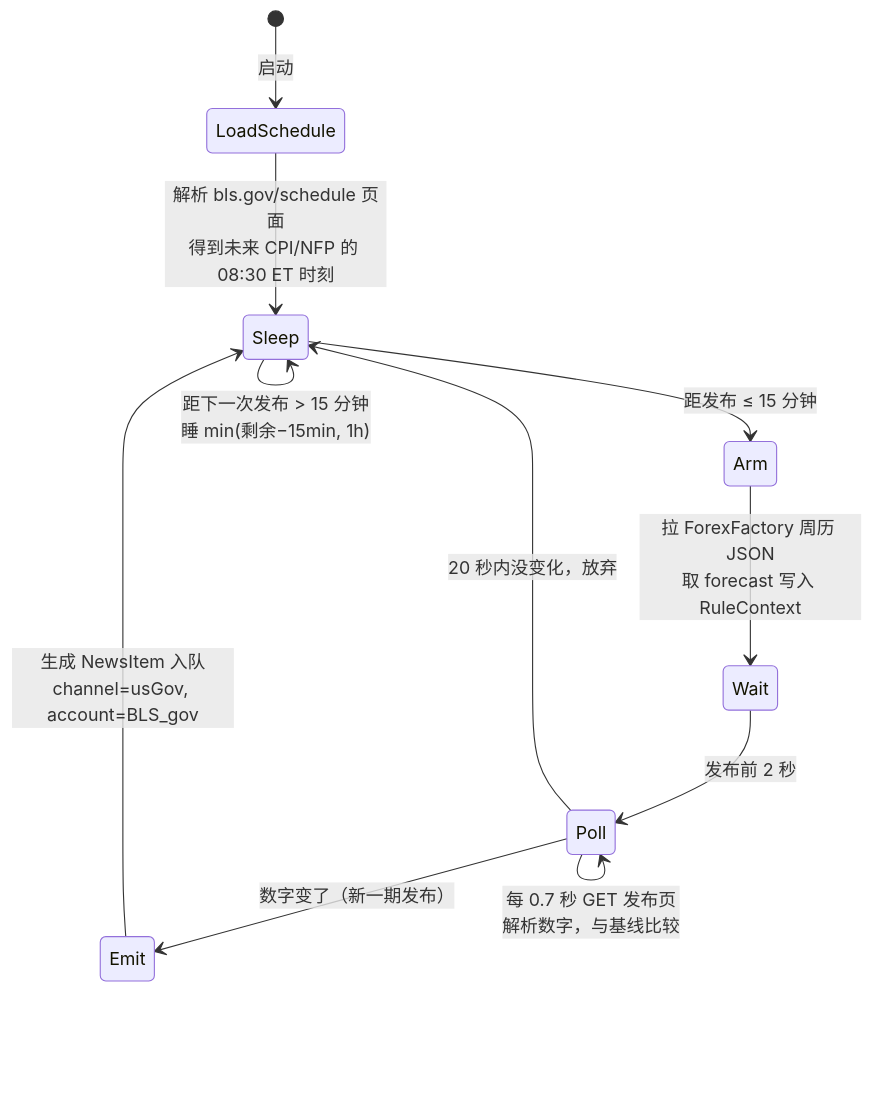
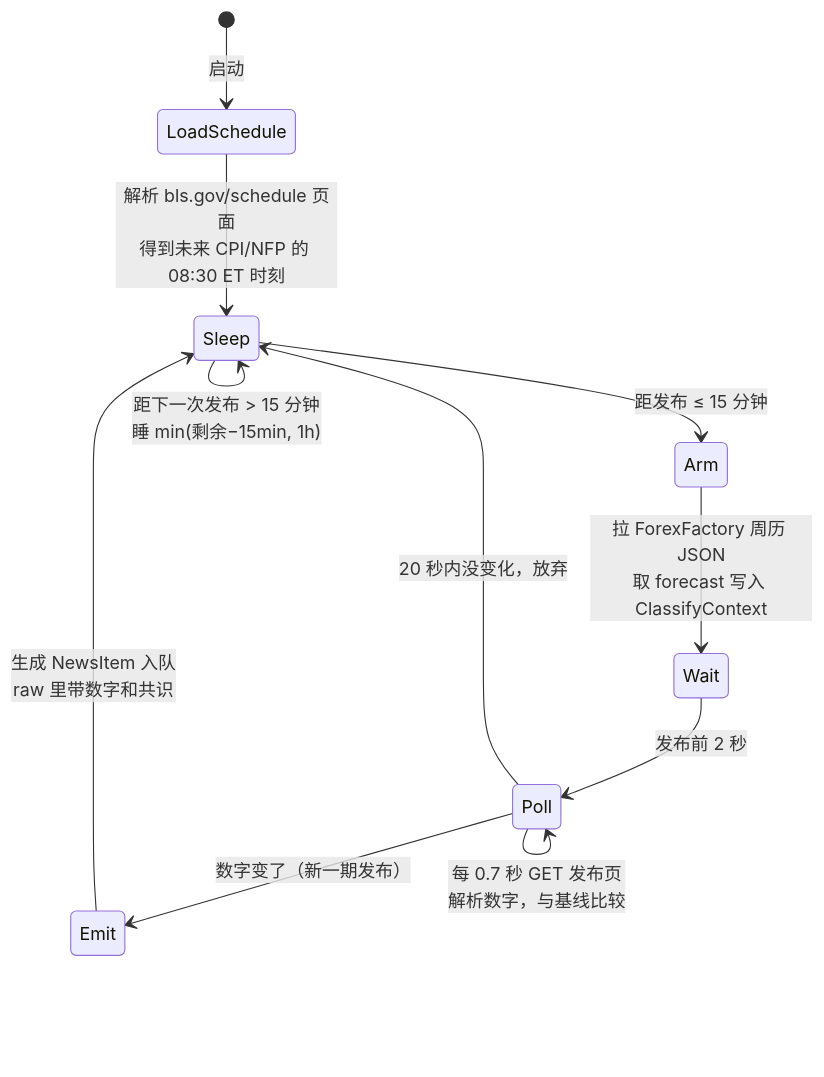
One commit to yanboishere/hl-news-bot changed the second of 6 diagrams in README.md. Above: the diagram before and after it, drawn with Mermaid. The commit also changed other lines of this file and 24 other files, not shown here.

````diff
--- a/README.md
+++ b/README.md
@@ -264,13 +272,13 @@
 ```mermaid
 stateDiagram-v2
     [*] --> LoadSchedule: 启动
     LoadSchedule --> Sleep: 解析 bls.gov/schedule 页面<br/>得到未来 CPI/NFP 的 08:30 ET 时刻
     Sleep --> Sleep: 距下一次发布 > 15 分钟<br/>睡 min(剩余−15min, 1h)
     Sleep --> Arm: 距发布 ≤ 15 分钟
-    Arm --> Wait: 拉 ForexFactory 周历 JSON<br/>取 forecast 写入 RuleContext
+    Arm --> Wait: 拉 ForexFactory 周历 JSON<br/>取 forecast 写入 ClassifyContext
     Wait --> Poll: 发布前 2 秒
     Poll --> Poll: 每 0.7 秒 GET 发布页<br/>解析数字，与基线比较
     Poll --> Emit: 数字变了（新一期发布）
     Poll --> Sleep: 20 秒内没变化，放弃
-    Emit --> Sleep: 生成 NewsItem 入队<br/>channel=usGov, account=BLS_gov
+    Emit --> Sleep: 生成 NewsItem 入队<br/>raw 里带数字和共识
 ```
````
